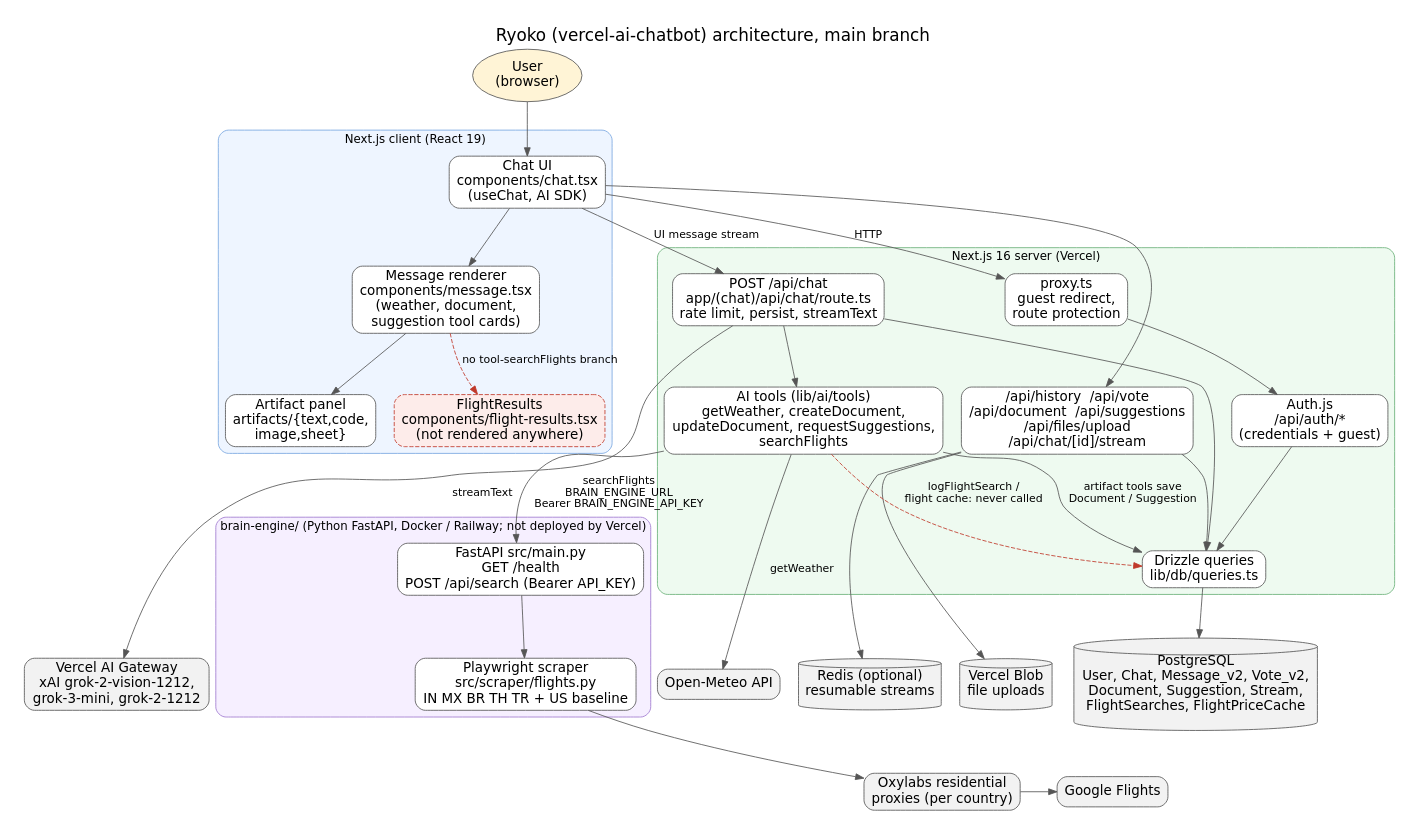
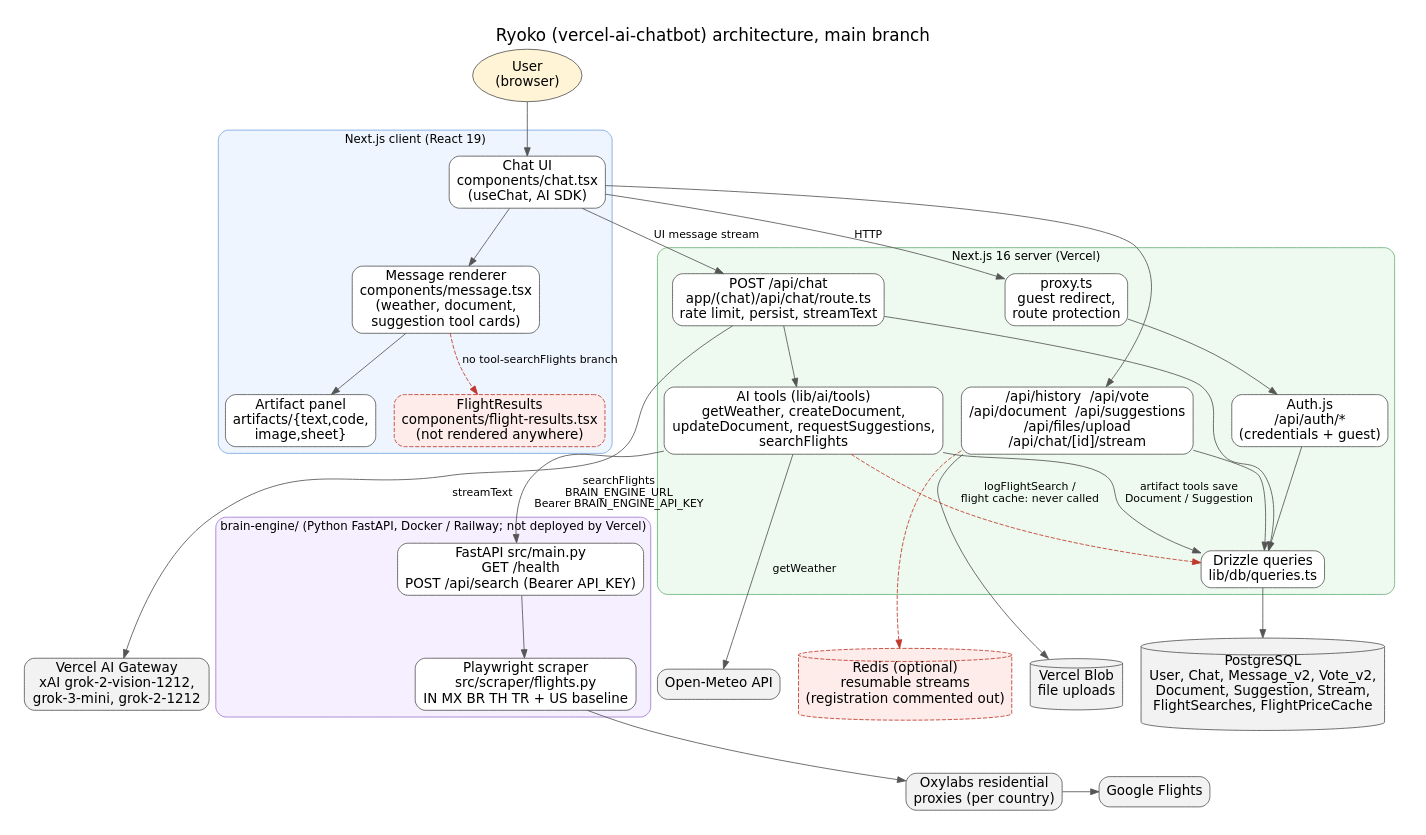
One commit to COG-GTM/vercel-ai-chatbot changed the diagram in docs/diagrams/architecture.dot. Above: the diagram before and after it, drawn with Graphviz. The commit also changed 4 other files, not shown here.

```diff
--- a/docs/diagrams/architecture.dot
+++ b/docs/diagrams/architecture.dot
@@ -1,73 +1,73 @@
 // Ryoko (vercel-ai-chatbot) system architecture.
 // Render: dot -Tpng -Gdpi=150 architecture.dot -o architecture.png && dot -Tsvg architecture.dot -o architecture.svg
 // Dashed red edges/nodes = code that exists on main but is not wired in.
 digraph ryoko {
   graph [rankdir=TB, fontname="DejaVu Sans", fontsize=20, nodesep=0.3, ranksep=0.7,
          label="Ryoko (vercel-ai-chatbot) architecture, main branch", labelloc=t, pad=0.3];
   node  [shape=box, style="rounded,filled", fontname="DejaVu Sans", fontsize=16, fillcolor="#ffffff", color="#555555"];
   edge  [fontname="DejaVu Sans", fontsize=13, color="#555555"];
 
   user [label="User\n(browser)", shape=oval, fillcolor="#fff4d6"];
 
   subgraph cluster_client {
     label="Next.js client (React 19)"; style="rounded,filled"; fillcolor="#eef5ff"; color="#7aa7e0"; fontsize=14;
     chatui   [label="Chat UI\ncomponents/chat.tsx\n(useChat, AI SDK)"];
     msg      [label="Message renderer\ncomponents/message.tsx\n(weather, document,\nsuggestion tool cards)"];
     artifact [label="Artifact panel\nartifacts/{text,code,\nimage,sheet}"];
     flightui [label="FlightResults\ncomponents/flight-results.tsx\n(not rendered anywhere)", color="#c0392b", style="rounded,filled,dashed", fillcolor="#fdecea"];
   }
 
   subgraph cluster_next {
     label="Next.js 16 server (Vercel)"; style="rounded,filled"; fillcolor="#eefaf0"; color="#6bb27a"; fontsize=14;
     proxy   [label="proxy.ts\nguest redirect,\nroute protection"];
     auth    [label="Auth.js\n/api/auth/*\n(credentials + guest)"];
     chatapi [label="POST /api/chat\napp/(chat)/api/chat/route.ts\nrate limit, persist, streamText"];
     other   [label="/api/history  /api/vote\n/api/document  /api/suggestions\n/api/files/upload\n/api/chat/[id]/stream"];
     tools   [label="AI tools (lib/ai/tools)\ngetWeather, createDocument,\nupdateDocument, requestSuggestions,\nsearchFlights"];
     queries [label="Drizzle queries\nlib/db/queries.ts"];
   }
 
   subgraph cluster_brain {
     label="brain-engine/ (Python FastAPI, Docker / Railway; not deployed by Vercel)"; style="rounded,filled"; fillcolor="#f6efff"; color="#a07ad0"; fontsize=14;
     fastapi [label="FastAPI src/main.py\nGET /health\nPOST /api/search (Bearer API_KEY)"];
     scraper [label="Playwright scraper\nsrc/scraper/flights.py\nIN MX BR TH TR + US baseline"];
   }
 
   gateway [label="Vercel AI Gateway\nxAI grok-2-vision-1212,\ngrok-3-mini, grok-2-1212", fillcolor="#f2f2f2"];
   pg      [label="PostgreSQL\nUser, Chat, Message_v2, Vote_v2,\nDocument, Suggestion, Stream,\nFlightSearches, FlightPriceCache", shape=cylinder, fillcolor="#f2f2f2"];
-  redis   [label="Redis (optional)\nresumable streams", shape=cylinder, fillcolor="#f2f2f2"];
+  redis   [label="Redis (optional)\nresumable streams\n(registration commented out)", shape=cylinder, fillcolor="#fdecea", color="#c0392b", style="filled,dashed"];
   blob    [label="Vercel Blob\nfile uploads", shape=cylinder, fillcolor="#f2f2f2"];
   weather [label="Open-Meteo API", fillcolor="#f2f2f2"];
   oxy     [label="Oxylabs residential\nproxies (per country)", fillcolor="#f2f2f2"];
   gflights[label="Google Flights", fillcolor="#f2f2f2"];
 
   user -> chatui;
   chatui -> proxy [label="HTTP"];
   proxy -> auth;
   chatui -> chatapi [label="UI message stream"];
   chatui -> other;
   chatui -> msg;
   msg -> artifact;
   msg -> flightui [style=dashed, color="#c0392b", label="no tool-searchFlights branch"];
 
   chatapi -> gateway [label="streamText"];
   chatapi -> tools;
   chatapi -> queries;
   other -> queries;
   other -> blob;
-  other -> redis;
+  other -> redis [style=dashed, color="#c0392b"];
   queries -> pg;
   auth -> queries;
 
   tools -> weather [label="getWeather"];
   tools -> fastapi [label="searchFlights\nBRAIN_ENGINE_URL\nBearer BRAIN_ENGINE_API_KEY"];
   tools -> queries [label="artifact tools save\nDocument / Suggestion"];
   tools -> queries [style=dashed, color="#c0392b", label="logFlightSearch /\nflight cache: never called"];
 
   {rank=same; pg; redis; blob; gateway; weather;}
   {rank=same; oxy; gflights;}
   fastapi -> scraper;
   scraper -> oxy;
   oxy -> gflights;
   pg -> oxy [style=invis];
 }
```
